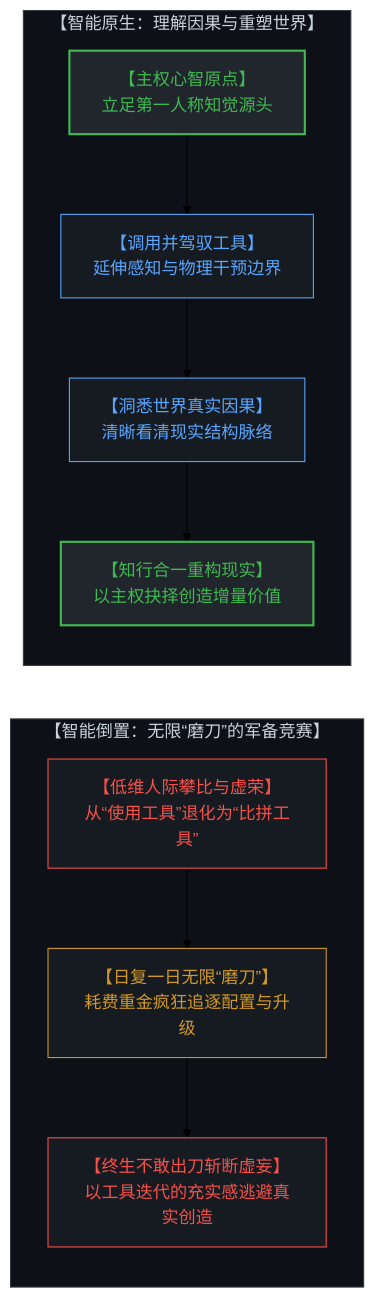
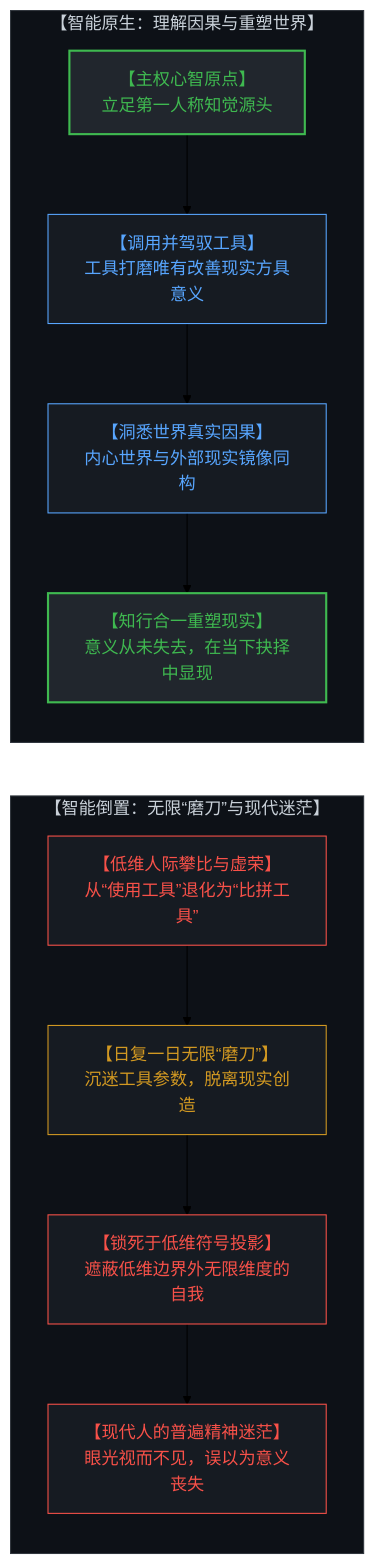
One commit to powerpig99/not-a-toe changed diagram 11 of 16 in content/posts/the-dissolution-of-the-great-reversal.md. Above: the diagram before and after it, drawn with Mermaid (forest theme). The commit also changed other lines of this file and 4 other files, not shown here.

Commit message:
Refine Post #314: clarify tool-reality link, existential meaning crisis, inner-outer mirror, and update prompts

````diff
--- a/content/posts/the-dissolution-of-the-great-reversal.md
+++ b/content/posts/the-dissolution-of-the-great-reversal.md
@@ -461,34 +461,37 @@
 ```mermaid
 graph TD
     subgraph NativeIntelligence["【智能原生：理解因果与重塑世界】"]
         direction TB
         SovereignMind["【主权心智原点】<br>立足第一人称知觉源头"]
-        LeverageTools["【调用并驾驭工具】<br>延伸感知与物理干预边界"]
-        DeepClarity["【洞悉世界真实因果】<br>清晰看清现实结构脉络"]
-        ReshapeReality["【知行合一重构现实】<br>以主权抉择创造增量价值"]
+        LeverageTools["【调用并驾驭工具】<br>工具打磨唯有改善现实方具意义"]
+        DeepClarity["【洞悉世界真实因果】<br>内心世界与外部现实镜像同构"]
+        ReshapeReality["【知行合一重塑现实】<br>意义从未失去，在当下抉择中显现"]
         SovereignMind --> LeverageTools
         LeverageTools --> DeepClarity
         DeepClarity --> ReshapeReality
     end
 
-    subgraph ToolSharpeningTrap["【智能倒置：无限“磨刀”的军备竞赛】"]
+    subgraph ToolSharpeningTrap["【智能倒置：无限“磨刀”与现代迷茫】"]
         direction TB
         StatusComparison["【低维人际攀比与虚荣】<br>从“使用工具”退化为“比拼工具”"]
-        InfinitePolishing["【日复一日无限“磨刀”】<br>耗费重金疯狂追逐配置与升级"]
-        ZeroCausalAction["【终生不敢出刀斩断虚妄】<br>以工具迭代的充实感逃避真实创造"]
+        InfinitePolishing["【日复一日无限“磨刀”】<br>沉迷工具参数，脱离现实创造"]
+        LowDimProjection["【锁死于低维符号投影】<br>遮蔽低维边界外无限维度的自我"]
+        ExistentialLost["【现代人的普遍精神迷茫】<br>眼光视而不见，误以为意义丧失"]
         StatusComparison --> InfinitePolishing
-        InfinitePolishing --> ZeroCausalAction
+        InfinitePolishing --> LowDimProjection
+        LowDimProjection --> ExistentialLost
     end
 
     ReshapeReality ~~~ StatusComparison
 
     style NativeIntelligence fill:#0d1117,stroke:#30363d,stroke-width:1px,color:#c9d1d9
     style SovereignMind fill:#21262d,stroke:#3fb950,stroke-width:2px,color:#3fb950
     style LeverageTools fill:#161b22,stroke:#58a6ff,stroke-width:1px,color:#58a6ff
     style DeepClarity fill:#161b22,stroke:#58a6ff,stroke-width:1px,color:#58a6ff
     style ReshapeReality fill:#21262d,stroke:#3fb950,stroke-width:2px,color:#3fb950
     style ToolSharpeningTrap fill:#0d1117,stroke:#30363d,stroke-width:1px,color:#c9d1d9
     style StatusComparison fill:#161b22,stroke:#f85149,stroke-width:1px,color:#f85149
     style InfinitePolishing fill:#161b22,stroke:#d29922,stroke-width:1px,color:#d29922
-    style ZeroCausalAction fill:#161b22,stroke:#f85149,stroke-width:1px,color:#f85149
+    style LowDimProjection fill:#161b22,stroke:#f85149,stroke-width:1px,color:#f85149
+    style ExistentialLost fill:#161b22,stroke:#f85149,stroke-width:1px,color:#f85149
 ```
````
